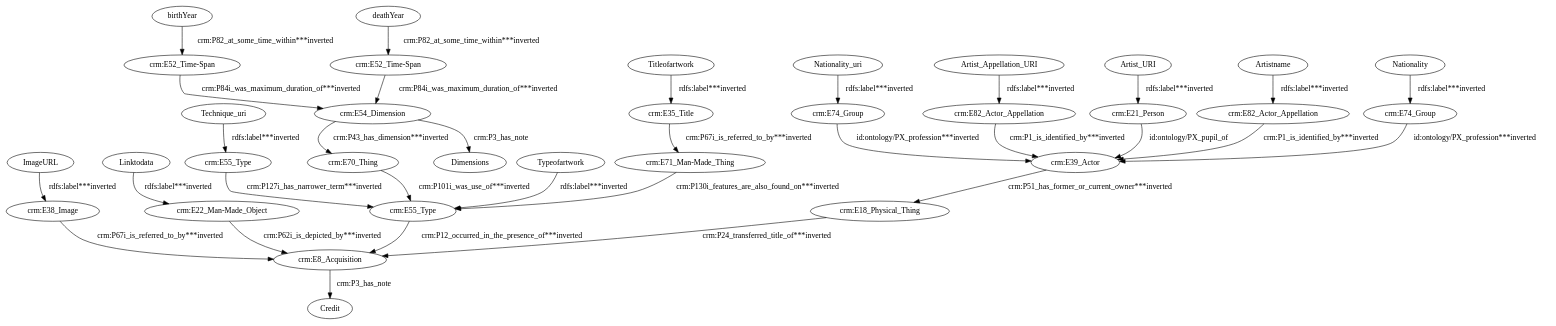
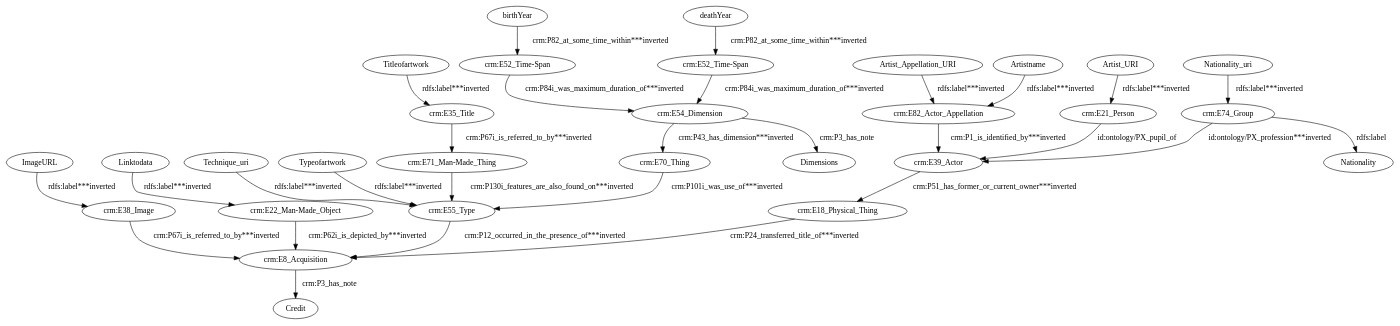
The diagram in data/taheriyan2016/task_01/semantic_models/steiner/dot/s13-s-art-institute-of-chicago.dot (giuseppefutia/semi), drawn with Graphviz before and after one commit. The commit also changed 223 other files, not shown here.

```diff
--- a/data/taheriyan2016/task_01/semantic_models/steiner/dot/s13-s-art-institute-of-chicago.dot
+++ b/data/taheriyan2016/task_01/semantic_models/steiner/dot/s13-s-art-institute-of-chicago.dot
@@ -1,65 +1,59 @@
 digraph {
   Artist_Appellation_URI [type=attribute_name,label=Artist_Appellation_URI]
   "crm:E82_Actor_Appellation1" [type=class_uri,label="crm:E82_Actor_Appellation"]
   Artist_URI [type=attribute_name,label=Artist_URI]
   "crm:E21_Person1" [type=class_uri,label="crm:E21_Person"]
   Artistname [type=attribute_name,label=Artistname]
-  "crm:E82_Actor_Appellation2" [type=class_uri,label="crm:E82_Actor_Appellation"]
   ImageURL [type=attribute_name,label=ImageURL]
   "crm:E38_Image1" [type=class_uri,label="crm:E38_Image"]
   Linktodata [type=attribute_name,label=Linktodata]
   "crm:E22_Man-Made_Object1" [type=class_uri,label="crm:E22_Man-Made_Object"]
-  Nationality [type=attribute_name,label=Nationality]
-  "crm:E74_Group2" [type=class_uri,label="crm:E74_Group"]
   Nationality_uri [type=attribute_name,label=Nationality_uri]
   "crm:E74_Group1" [type=class_uri,label="crm:E74_Group"]
   Technique_uri [type=attribute_name,label=Technique_uri]
   "crm:E55_Type1" [type=class_uri,label="crm:E55_Type"]
   Titleofartwork [type=attribute_name,label=Titleofartwork]
   "crm:E35_Title1" [type=class_uri,label="crm:E35_Title"]
   Typeofartwork [type=attribute_name,label=Typeofartwork]
-  "crm:E55_Type2" [type=class_uri,label="crm:E55_Type"]
   birthYear [type=attribute_name,label=birthYear]
   "crm:E52_Time-Span1" [type=class_uri,label="crm:E52_Time-Span"]
   "crm:E18_Physical_Thing" [type=class_uri,label="crm:E18_Physical_Thing"]
   "crm:E8_Acquisition1" [type=class_uri,label="crm:E8_Acquisition"]
   "crm:E39_Actor" [type=class_uri,label="crm:E39_Actor"]
   "crm:E71_Man-Made_Thing" [type=class_uri,label="crm:E71_Man-Made_Thing"]
   "crm:E54_Dimension1" [type=class_uri,label="crm:E54_Dimension"]
   "crm:E52_Time-Span2" [type=class_uri,label="crm:E52_Time-Span"]
   Dimensions [type=attribute_name,label=Dimensions]
   "crm:E70_Thing" [type=class_uri,label="crm:E70_Thing"]
+  Nationality [type=attribute_name,label=Nationality]
   Credit [type=attribute_name,label=Credit]
   deathYear [type=attribute_name,label=deathYear]
-  Artist_Appellation_URI -> "crm:E82_Actor_Appellation1" [type=st_property_uri,label="rdfs:label***inverted"]
-  Artist_URI -> "crm:E21_Person1" [type=st_property_uri,label="rdfs:label***inverted"]
-  Artistname -> "crm:E82_Actor_Appellation2" [type=st_property_uri,label="rdfs:label***inverted"]
-  ImageURL -> "crm:E38_Image1" [type=st_property_uri,label="rdfs:label***inverted"]
-  Linktodata -> "crm:E22_Man-Made_Object1" [type=st_property_uri,label="rdfs:label***inverted"]
-  Nationality -> "crm:E74_Group2" [type=st_property_uri,label="rdfs:label***inverted"]
-  Nationality_uri -> "crm:E74_Group1" [type=st_property_uri,label="rdfs:label***inverted"]
-  Technique_uri -> "crm:E55_Type1" [type=st_property_uri,label="rdfs:label***inverted"]
-  Titleofartwork -> "crm:E35_Title1" [type=st_property_uri,label="rdfs:label***inverted"]
-  Typeofartwork -> "crm:E55_Type2" [type=st_property_uri,label="rdfs:label***inverted"]
-  birthYear -> "crm:E52_Time-Span1" [type=st_property_uri,label="crm:P82_at_some_time_within***inverted"]
-  "crm:E18_Physical_Thing" -> "crm:E8_Acquisition1" [type=direct_property_uri,label="crm:P24_transferred_title_of***inverted"]
-  "crm:E21_Person1" -> "crm:E39_Actor" [label="id:ontology/PX_pupil_of",type=direct_property_uri]
-  "crm:E22_Man-Made_Object1" -> "crm:E8_Acquisition1" [type=inherited,label="crm:P62i_is_depicted_by***inverted"]
-  "crm:E35_Title1" -> "crm:E71_Man-Made_Thing" [type=inherited,label="crm:P67i_is_referred_to_by***inverted"]
-  "crm:E38_Image1" -> "crm:E8_Acquisition1" [type=inherited,label="crm:P67i_is_referred_to_by***inverted"]
-  "crm:E39_Actor" -> "crm:E18_Physical_Thing" [type=direct_property_uri,label="crm:P51_has_former_or_current_owner***inverted"]
-  "crm:E52_Time-Span1" -> "crm:E54_Dimension1" [type=direct_property_uri,label="crm:P84i_was_maximum_duration_of***inverted"]
-  "crm:E52_Time-Span2" -> "crm:E54_Dimension1" [type=direct_property_uri,label="crm:P84i_was_maximum_duration_of***inverted"]
+  Artist_Appellation_URI -> "crm:E82_Actor_Appellation1" [type=st_property_uri,label="rdfs:label***inverted",weight=1]
+  Artist_URI -> "crm:E21_Person1" [type=st_property_uri,label="rdfs:label***inverted",weight=1]
+  Artistname -> "crm:E82_Actor_Appellation1" [type=st_property_uri,label="rdfs:label***inverted",weight=1]
+  ImageURL -> "crm:E38_Image1" [type=st_property_uri,label="rdfs:label***inverted",weight=1]
+  Linktodata -> "crm:E22_Man-Made_Object1" [type=st_property_uri,label="rdfs:label***inverted",weight=1]
+  Nationality_uri -> "crm:E74_Group1" [type=st_property_uri,label="rdfs:label***inverted",weight=1]
+  Technique_uri -> "crm:E55_Type1" [type=st_property_uri,label="rdfs:label***inverted",weight=1]
+  Titleofartwork -> "crm:E35_Title1" [type=st_property_uri,label="rdfs:label***inverted",weight=1]
+  Typeofartwork -> "crm:E55_Type1" [type=st_property_uri,label="rdfs:label***inverted",weight=1]
+  birthYear -> "crm:E52_Time-Span1" [type=st_property_uri,label="crm:P82_at_some_time_within***inverted",weight=1]
+  "crm:E18_Physical_Thing" -> "crm:E8_Acquisition1" [type=direct_property_uri,label="crm:P24_transferred_title_of***inverted",weight=1]
+  "crm:E21_Person1" -> "crm:E39_Actor" [label="id:ontology/PX_pupil_of",type=direct_property_uri,weight=1]
+  "crm:E22_Man-Made_Object1" -> "crm:E8_Acquisition1" [type=inherited,label="crm:P62i_is_depicted_by***inverted",weight=4]
+  "crm:E35_Title1" -> "crm:E71_Man-Made_Thing" [type=inherited,label="crm:P67i_is_referred_to_by***inverted",weight=4]
+  "crm:E38_Image1" -> "crm:E8_Acquisition1" [type=inherited,label="crm:P67i_is_referred_to_by***inverted",weight=4]
+  "crm:E39_Actor" -> "crm:E18_Physical_Thing" [type=direct_property_uri,label="crm:P51_has_former_or_current_owner***inverted",weight=1]
+  "crm:E52_Time-Span1" -> "crm:E54_Dimension1" [type=direct_property_uri,label="crm:P84i_was_maximum_duration_of***inverted",weight=1]
+  "crm:E52_Time-Span2" -> "crm:E54_Dimension1" [type=direct_property_uri,label="crm:P84i_was_maximum_duration_of***inverted",weight=1]
   "crm:E54_Dimension1" -> Dimensions [label="crm:P3_has_note",type=st_property_uri]
-  "crm:E54_Dimension1" -> "crm:E70_Thing" [type=direct_property_uri,label="crm:P43_has_dimension***inverted"]
-  "crm:E55_Type1" -> "crm:E55_Type2" [type=direct_property_uri,label="crm:P127i_has_narrower_term***inverted"]
-  "crm:E55_Type2" -> "crm:E8_Acquisition1" [type=inherited,label="crm:P12_occurred_in_the_presence_of***inverted"]
-  "crm:E70_Thing" -> "crm:E55_Type2" [type=direct_property_uri,label="crm:P101i_was_use_of***inverted"]
-  "crm:E71_Man-Made_Thing" -> "crm:E55_Type2" [type=inherited,label="crm:P130i_features_are_also_found_on***inverted"]
-  "crm:E74_Group1" -> "crm:E39_Actor" [type=direct_property_uri,label="id:ontology/PX_profession***inverted"]
-  "crm:E74_Group2" -> "crm:E39_Actor" [type=direct_property_uri,label="id:ontology/PX_profession***inverted"]
-  "crm:E82_Actor_Appellation1" -> "crm:E39_Actor" [type=inherited,label="crm:P1_is_identified_by***inverted"]
-  "crm:E82_Actor_Appellation2" -> "crm:E39_Actor" [type=inherited,label="crm:P1_is_identified_by***inverted"]
+  "crm:E54_Dimension1" -> "crm:E70_Thing" [type=direct_property_uri,label="crm:P43_has_dimension***inverted",weight=1]
+  "crm:E55_Type1" -> "crm:E8_Acquisition1" [type=inherited,label="crm:P12_occurred_in_the_presence_of***inverted",weight=4]
+  "crm:E70_Thing" -> "crm:E55_Type1" [type=direct_property_uri,label="crm:P101i_was_use_of***inverted",weight=1]
+  "crm:E71_Man-Made_Thing" -> "crm:E55_Type1" [type=inherited,label="crm:P130i_features_are_also_found_on***inverted",weight=4]
+  "crm:E74_Group1" -> Nationality [label="rdfs:label",type=st_property_uri]
+  "crm:E74_Group1" -> "crm:E39_Actor" [type=direct_property_uri,label="id:ontology/PX_profession***inverted",weight=1]
+  "crm:E82_Actor_Appellation1" -> "crm:E39_Actor" [type=inherited,label="crm:P1_is_identified_by***inverted",weight=4]
   "crm:E8_Acquisition1" -> Credit [label="crm:P3_has_note",type=st_property_uri]
-  deathYear -> "crm:E52_Time-Span2" [type=st_property_uri,label="crm:P82_at_some_time_within***inverted"]
+  deathYear -> "crm:E52_Time-Span2" [type=st_property_uri,label="crm:P82_at_some_time_within***inverted",weight=1]
 }
```
